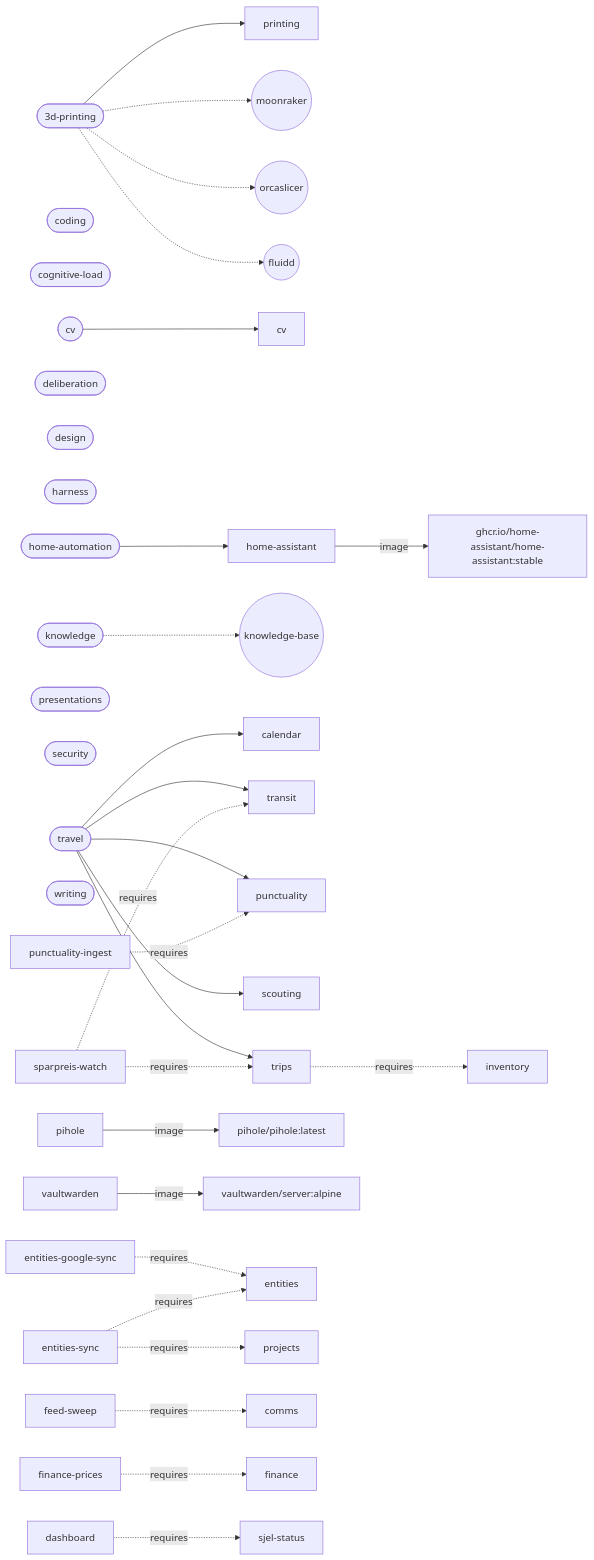
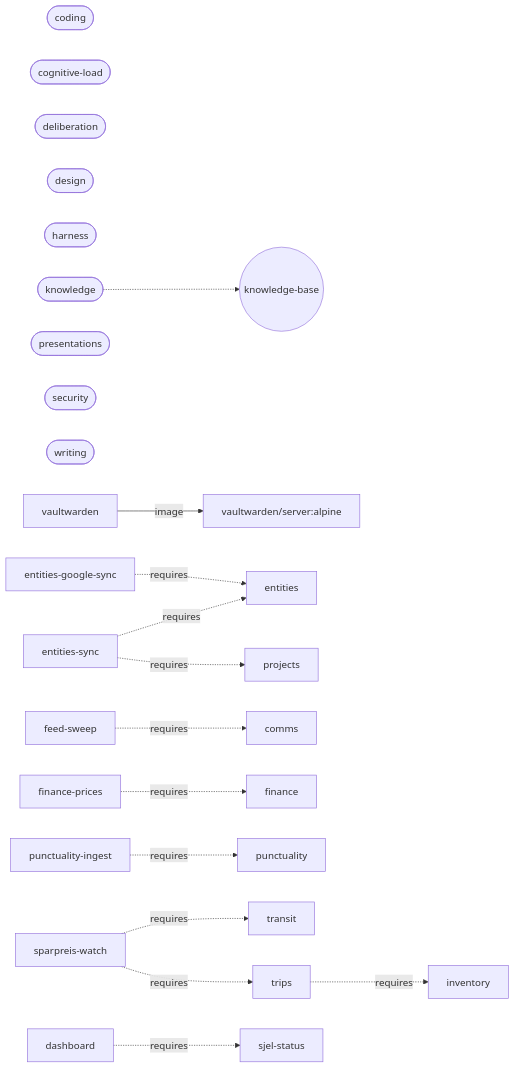
Before and after one commit to larsboes/Sjel: the diagram in ARCHITECTURE.md, drawn with Mermaid. The commit also changed other lines of this file and 21 other files, not shown here.

````diff
--- a/ARCHITECTURE.md
+++ b/ARCHITECTURE.md
@@ -178,41 +167,24 @@
 ```mermaid
 flowchart LR
-  pack_3d_printing(["3d-printing"])
-  pack_3d_printing --> cap_printing["printing"]
-  pack_3d_printing -.-> sys_moonraker(("moonraker"))
-  pack_3d_printing -.-> sys_orcaslicer(("orcaslicer"))
-  pack_3d_printing -.-> sys_fluidd(("fluidd"))
   pack_coding(["coding"])
   pack_cognitive_load(["cognitive-load"])
-  pack_cv(["cv"])
-  pack_cv --> cap_cv["cv"]
   pack_deliberation(["deliberation"])
   pack_design(["design"])
   pack_harness(["harness"])
-  pack_home_automation(["home-automation"])
-  pack_home_automation --> cap_home_assistant["home-assistant"]
   pack_knowledge(["knowledge"])
   pack_knowledge -.-> sys_knowledge_base(("knowledge-base"))
   pack_presentations(["presentations"])
   pack_security(["security"])
-  pack_travel(["travel"])
-  pack_travel --> cap_calendar["calendar"]
-  pack_travel --> cap_transit["transit"]
-  pack_travel --> cap_punctuality["punctuality"]
-  pack_travel --> cap_scouting["scouting"]
-  pack_travel --> cap_trips["trips"]
   pack_writing(["writing"])
-  cap_home_assistant["home-assistant"] -->|image| img_ghcr_io_home_assistant_home_assistant["ghcr.io/home-assistant/home-assistant:stable"]
-  cap_pihole["pihole"] -->|image| img_pihole_pihole["pihole/pihole:latest"]
   cap_vaultwarden["vaultwarden"] -->|image| img_vaultwarden_server["vaultwarden/server:alpine"]
   cap_entities_google_sync["entities-google-sync"] -.->|requires| cap_entities["entities"]
   cap_entities_sync["entities-sync"] -.->|requires| cap_projects["projects"]
   cap_entities_sync["entities-sync"] -.->|requires| cap_entities["entities"]
   cap_feed_sweep["feed-sweep"] -.->|requires| cap_comms["comms"]
   cap_finance_prices["finance-prices"] -.->|requires| cap_finance["finance"]
   cap_punctuality_ingest["punctuality-ingest"] -.->|requires| cap_punctuality["punctuality"]
   cap_sparpreis_watch["sparpreis-watch"] -.->|requires| cap_transit["transit"]
   cap_sparpreis_watch["sparpreis-watch"] -.->|requires| cap_trips["trips"]
   cap_trips["trips"] -.->|requires| cap_inventory["inventory"]
   cap_dashboard["dashboard"] -.->|requires| cap_sjel_status["sjel-status"]
 ```
````
